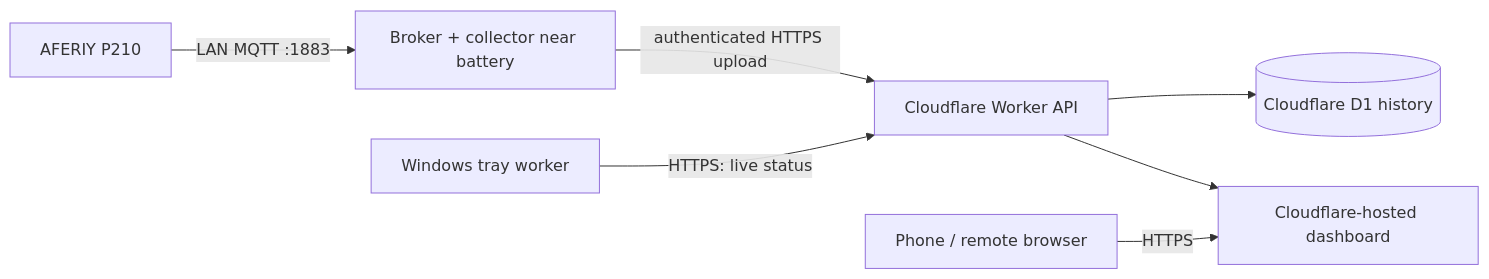
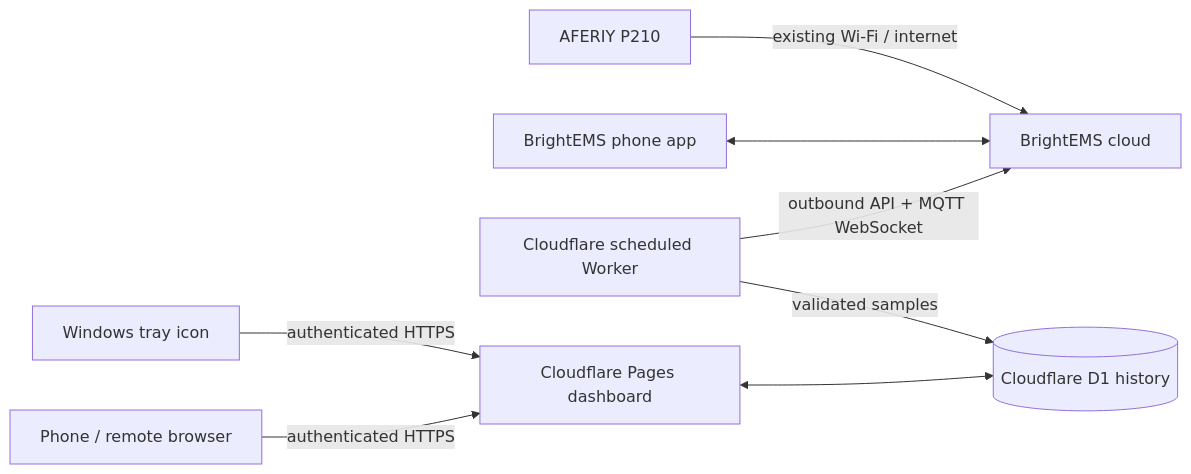
One commit to ffishstix/aferiy-p210-monitor changed the diagram in PROJECT_PLAN.md. Above: the diagram before and after it, drawn with Mermaid. The commit also changed other lines of this file and 28 other files, not shown here.

Commit message:
Add cloud BrightEMS collector and cloud-backed Windows tray

````diff
--- a/PROJECT_PLAN.md
+++ b/PROJECT_PLAN.md
@@ -54,9 +9,10 @@
 ```mermaid
 flowchart LR
-    B[AFERIY P210] -- LAN MQTT :1883 --> M[Broker + collector near battery]
-    M -- authenticated HTTPS upload --> A[Cloudflare Worker API]
-    A --> D[(Cloudflare D1 history)]
-    A --> S[Cloudflare-hosted dashboard]
-    T[Windows tray worker] -- HTTPS: live status --> A
-    U[Phone / remote browser] -- HTTPS --> S
+  P[AFERIY P210] -- existing Wi-Fi / internet --> V[BrightEMS cloud]
+  A[BrightEMS phone app] <--> V
+  W[Cloudflare scheduled Worker] -- outbound API + MQTT WebSocket --> V
+  W -- validated samples --> D[(Cloudflare D1 history)]
+  S[Cloudflare Pages dashboard] <--> D
+  T[Windows tray icon] -- authenticated HTTPS --> S
+  U[Phone / remote browser] -- authenticated HTTPS --> S
 ```
````
